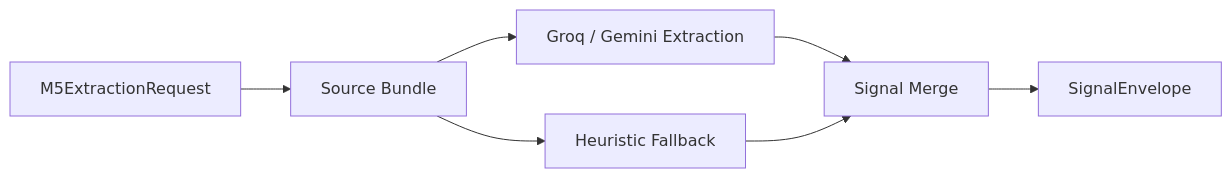
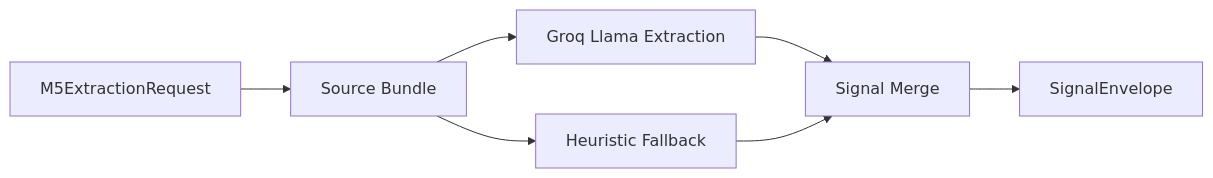
One commit to alenisaw/invision_u_Vi-Ka changed the diagram in backend/app/modules/m5_nlp/README.md. Above: the diagram before and after it, drawn with Mermaid. The commit also changed other lines of this file and 17 other files, not shown here.

Commit message:
refactor: remove gemini fallback from M5 and standardize on Groq Llama

````diff
--- a/backend/app/modules/m5_nlp/README.md
+++ b/backend/app/modules/m5_nlp/README.md
@@ -33,16 +33,16 @@
 ```mermaid
 flowchart LR
     Input["M5ExtractionRequest"]
     Bundle["Source Bundle"]
-    LLM["Groq / Gemini Extraction"]
+    LLM["Groq Llama Extraction"]
     Heuristic["Heuristic Fallback"]
     Merge["Signal Merge"]
     Envelope["SignalEnvelope"]
 
     Input --> Bundle
     Bundle --> LLM
     Bundle --> Heuristic
     LLM --> Merge
     Heuristic --> Merge
     Merge --> Envelope
 ```
````
